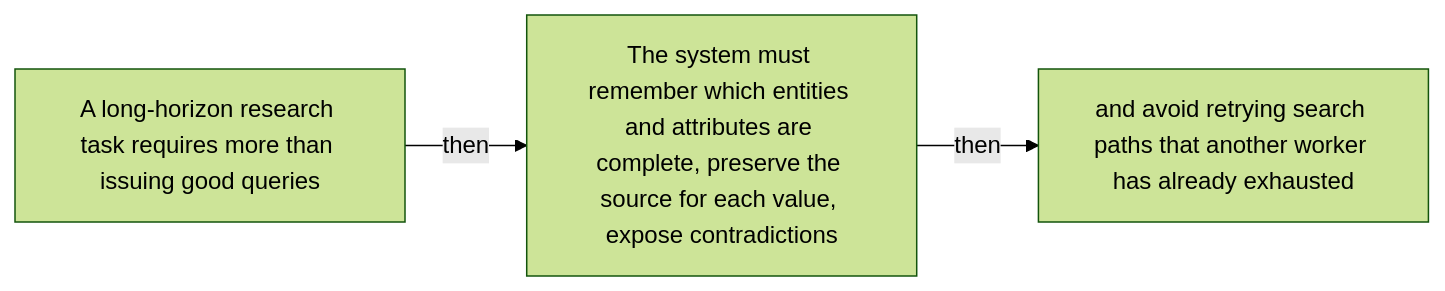
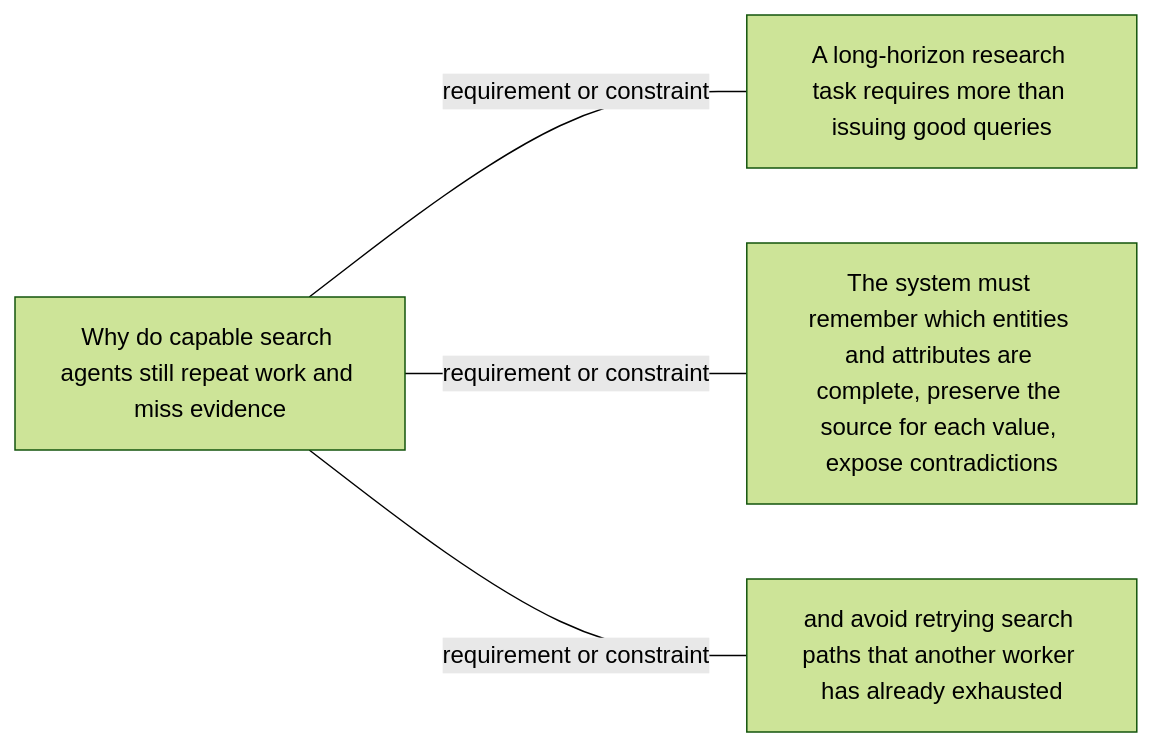
The third of 51 diagrams in docs/visual-manifests/VISUAL_MANIFEST_SEARCHOS_V1.md (Betancourt1/paper_atlas), drawn with Mermaid (forest theme) before and after one commit. The commit also changed other lines of this file and 7 other files, not shown here.

````diff
--- a/docs/visual-manifests/VISUAL_MANIFEST_SEARCHOS_V1.md
+++ b/docs/visual-manifests/VISUAL_MANIFEST_SEARCHOS_V1.md
@@ -195,8 +196,10 @@
 ```mermaid
 flowchart LR
-  n1["A long-horizon research task requires more than issuing good queries"]
-  n2["The system must remember which entities and attributes are complete, preserve the source for each value, expose contradictions"]
-  n3["and avoid retrying search paths that another worker has already exhausted"]
-  n1 -->|"then"| n2
-  n2 -->|"then"| n3
+  center["Why do capable search agents still repeat work and miss evidence"]
+  f1["A long-horizon research task requires more than issuing good queries"]
+  f2["The system must remember which entities and attributes are complete, preserve the source for each value, expose contradictions"]
+  f3["and avoid retrying search paths that another worker has already exhausted"]
+  center ---|"requirement or constraint"| f1
+  center ---|"requirement or constraint"| f2
+  center ---|"requirement or constraint"| f3
 ```
````
